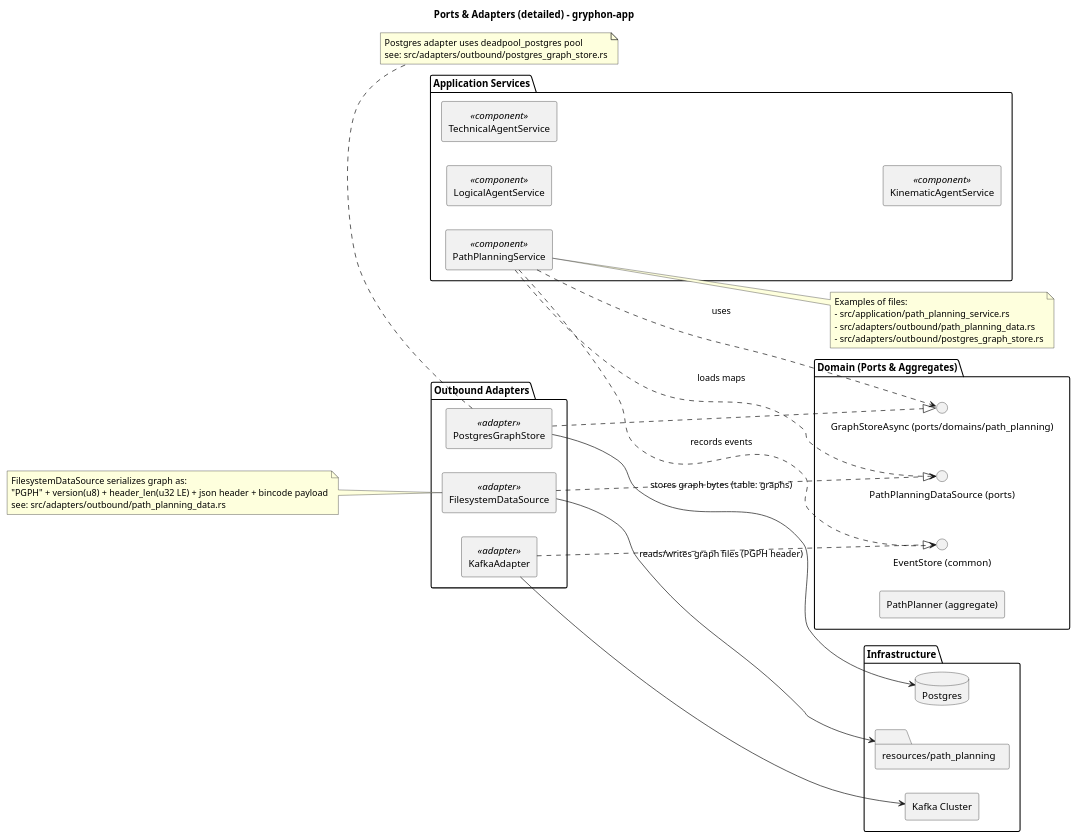
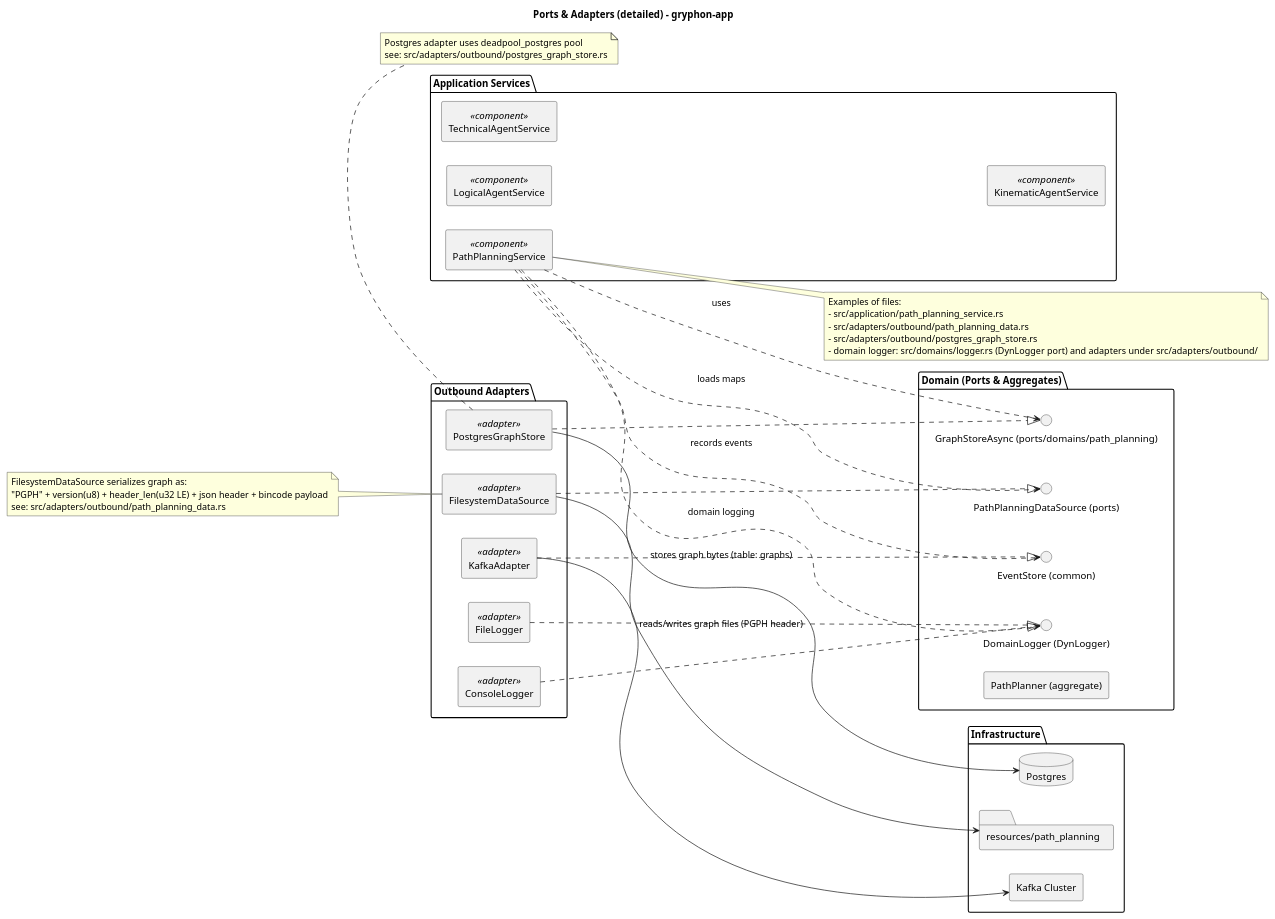
The diagram in docs/diagrams/ports_adapters_detailed.puml (eikeschumann971/gryphon-app), drawn with PlantUML before and after one commit. The commit also changed 13 other files, not shown here.

Commit message:
refactor: update documentation and diagrams for logger injection and path planning architecture

```diff
--- a/docs/diagrams/ports_adapters_detailed.puml
+++ b/docs/diagrams/ports_adapters_detailed.puml
@@ -1,65 +1,72 @@
 @startuml
 title Ports & Adapters (detailed) - gryphon-app
 left to right direction
 skinparam componentStyle rectangle
 
 package "Application Services" {
   [PathPlanningService] <<component>>
   [LogicalAgentService] <<component>>
   [TechnicalAgentService] <<component>>
   [KinematicAgentService] <<component>>
 }
 
 package "Domain (Ports & Aggregates)" {
   interface "GraphStoreAsync (ports/domains/path_planning)" as GraphStorePort
   interface "PathPlanningDataSource (ports)" as DataSourcePort
   interface "EventStore (common)" as EventStorePort
+  interface "DomainLogger (DynLogger)" as LoggerPort
   component "PathPlanner (aggregate)" as PathPlannerAgg
 }
 
 package "Outbound Adapters" {
   component "FilesystemDataSource" as FS <<adapter>>
   component "PostgresGraphStore" as PG <<adapter>>
   component "KafkaAdapter" as KAFKA <<adapter>>
+  component "FileLogger" as FILELOG <<adapter>>
+  component "ConsoleLogger" as CONSLOG <<adapter>>
 }
 
 package "Infrastructure" {
   database "Postgres" as DB
   [Kafka Cluster]
   folder "resources/path_planning" as ASSETS
 }
 
 ' Dependency edges
 PathPlanningService ..> GraphStorePort : uses
 PathPlanningService ..> DataSourcePort : loads maps
 PathPlanningService ..> EventStorePort : records events
+PathPlanningService ..> LoggerPort : domain logging
 
 ' Adapter realizations
 FS ..|> DataSourcePort
 PG ..|> GraphStorePort
 KAFKA ..|> EventStorePort
+FILELOG ..|> LoggerPort
+CONSLOG ..|> LoggerPort
 
 ' Infra wiring
 PG --> DB : stores graph bytes (table: graphs)
 FS --> ASSETS : reads/writes graph files (PGPH header)
 KAFKA --> [Kafka Cluster]
 
 note right of PathPlanningService
   Examples of files:
   - src/application/path_planning_service.rs
   - src/adapters/outbound/path_planning_data.rs
   - src/adapters/outbound/postgres_graph_store.rs
+  - domain logger: src/domains/logger.rs (DynLogger port) and adapters under src/adapters/outbound/
 end note
 
 note bottom of PG
   Postgres adapter uses deadpool_postgres pool
   see: src/adapters/outbound/postgres_graph_store.rs
 end note
 
 note left of FS
   FilesystemDataSource serializes graph as:
   "PGPH" + version(u8) + header_len(u32 LE) + json header + bincode payload
   see: src/adapters/outbound/path_planning_data.rs
 end note
 
 @enduml
```
